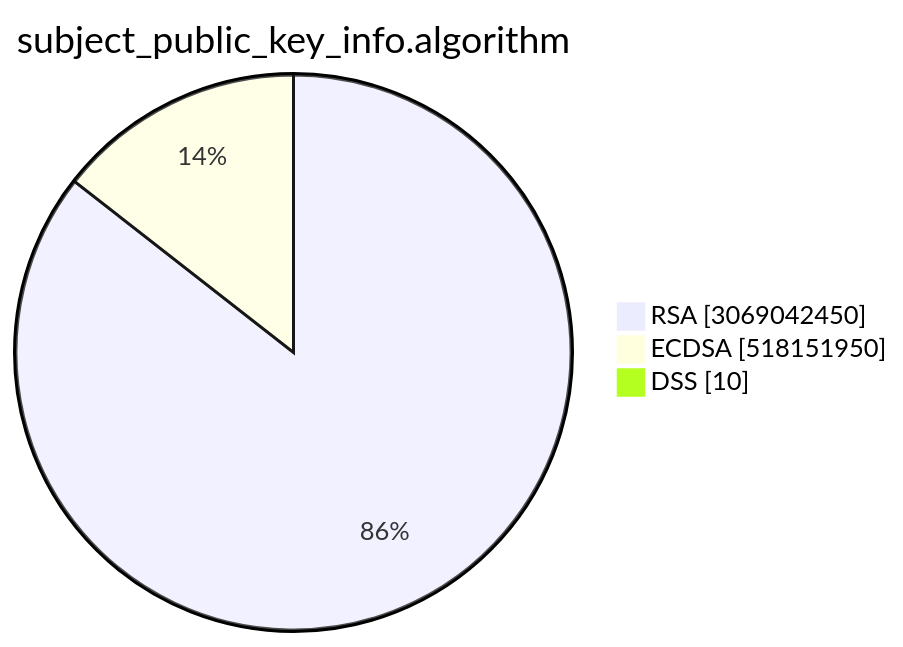
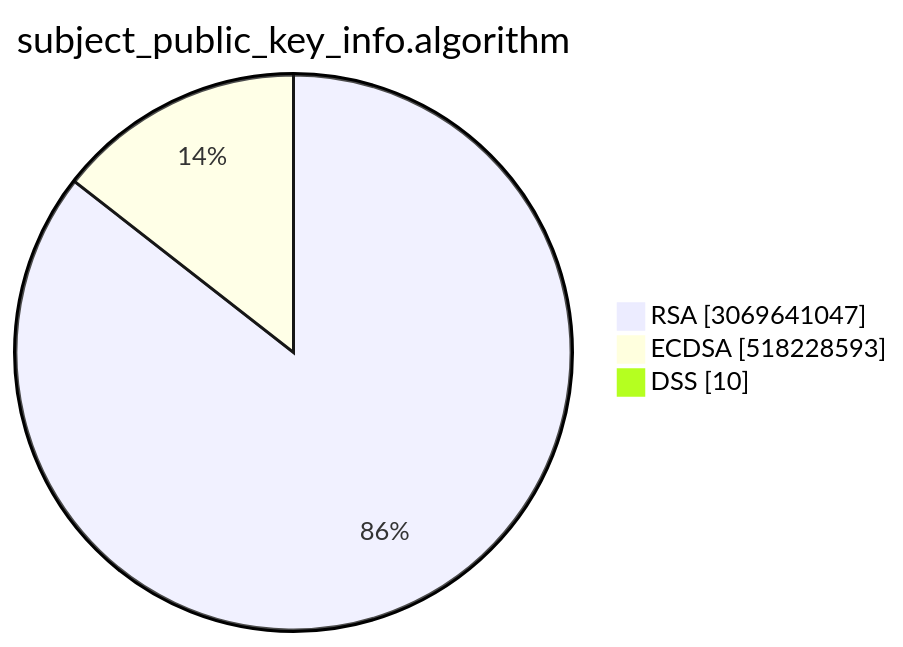
Before and after one commit to christiankrug/ctmonitor_visualization: the second of 15 diagrams in TOTAL/README.md, drawn with Mermaid. The commit also changed other lines of this file, not shown here.

````diff
--- a/TOTAL/README.md
+++ b/TOTAL/README.md
@@ -6,7 +6,7 @@
 ```mermaid
 pie showData
 title subject_public_key_info.algorithm
-"RSA" :3069042450
-"ECDSA" :518151950
+"RSA" :3069641047
+"ECDSA" :518228593
 "DSS" :10
 ```
````
